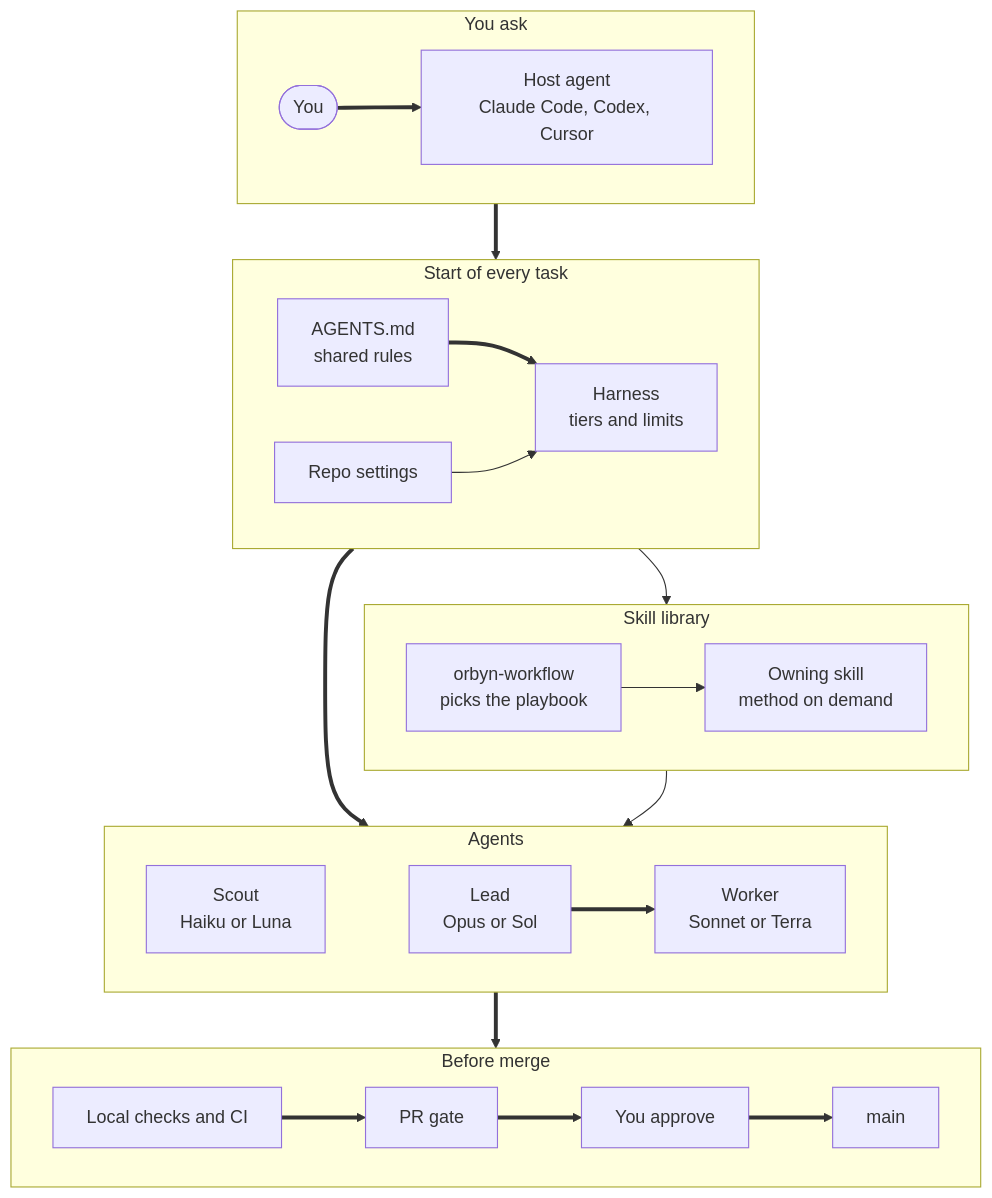
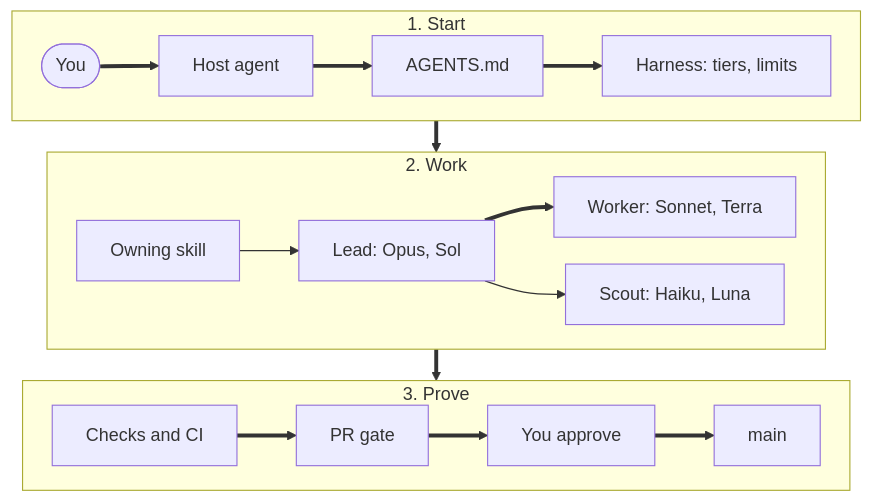
One commit to kinqsradio/orbyn-fullstack-skills changed the first of 3 diagrams in README.md. Above: the diagram before and after it, drawn with Mermaid.

Commit message:
docs(readme): keep the stack diagram to three rows

````diff
--- a/README.md
+++ b/README.md
@@ -64,32 +64,20 @@
 ```mermaid
+%%{init: {"flowchart": {"nodeSpacing": 24, "rankSpacing": 28}}}%%
 flowchart TB
   accTitle: How Orbyn skills run
-  accDescr: You ask the host agent. AGENTS.md and the harness resolve the rules and limits, and the skill library supplies the method. A lead briefs scouts and workers. The change then passes local checks, CI, the PR gate and your approval before reaching main.
-  subgraph ask["You ask"]
+  accDescr: You ask the host agent. AGENTS.md routes the request and the harness resolves tiers and limits. A lead uses the owning skill and briefs scouts and workers. The change then passes checks, the PR gate and your approval before reaching main.
+  subgraph start["1. Start"]
     direction LR
-    you(["You"]) ==> host["Host agent<br/>Claude Code, Codex, Cursor"]
+    you(["You"]) ==> host["Host agent"] ==> rules["AGENTS.md"] ==> harness["Harness: tiers, limits"]
   end
-  subgraph start["Start of every task"]
+  subgraph agents["2. Work"]
     direction LR
-    rules["AGENTS.md<br/>shared rules"] ==> harness["Harness<br/>tiers and limits"]
-    settings["Repo settings"] --> harness
+    skill["Owning skill"] --> lead["Lead: Opus, Sol"] ==> worker["Worker: Sonnet, Terra"]
+    lead --> scout["Scout: Haiku, Luna"]
   end
-  subgraph library["Skill library"]
+  subgraph merge["3. Prove"]
     direction LR
-    workflow["orbyn-workflow<br/>picks the playbook"] --> skill["Owning skill<br/>method on demand"]
+    checks["Checks and CI"] ==> gate["PR gate"] ==> review["You approve"] ==> main["main"]
   end
-  subgraph agents["Agents"]
-    direction LR
-    scout["Scout<br/>Haiku or Luna"] ~~~ lead["Lead<br/>Opus or Sol"]
-    lead ==> worker["Worker<br/>Sonnet or Terra"]
-  end
-  subgraph merge["Before merge"]
-    direction LR
-    checks["Local checks and CI"] ==> gate["PR gate"] ==> review["You approve"] ==> main["main"]
-  end
-  ask ==> start
-  start --> library
-  start ==> agents
-  library --> agents
-  agents ==> merge
+  start ==> agents ==> merge
 ```
````
